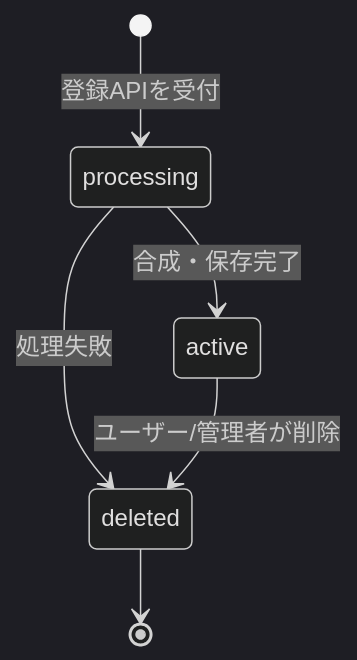
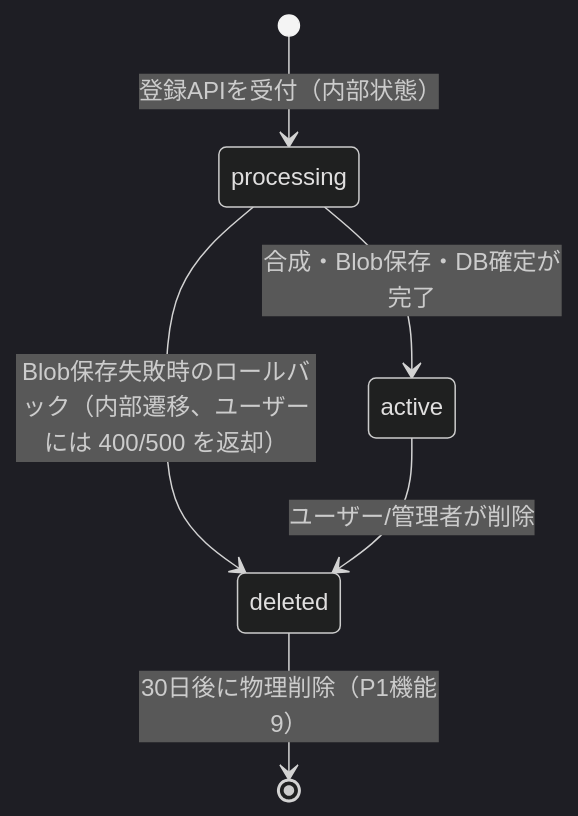
One commit to kakikubo/lgtmhub changed the diagram in docs/glossary.md. Above: the diagram before and after it, drawn with Mermaid (dark theme). The commit also changed other lines of this file and 2 other files, not shown here.

````diff
--- a/docs/glossary.md
+++ b/docs/glossary.md
@@ -492,8 +513,8 @@
 ```mermaid
 stateDiagram-v2
-    [*] --> processing: 登録APIを受付
-    processing --> active: 合成・保存完了
-    processing --> deleted: 処理失敗
+    [*] --> processing: 登録APIを受付（内部状態）
+    processing --> active: 合成・Blob保存・DB確定が完了
+    processing --> deleted: Blob保存失敗時のロールバック（内部遷移、ユーザーには 400/500 を返却）
     active --> deleted: ユーザー/管理者が削除
-    deleted --> [*]
+    deleted --> [*]: 30日後に物理削除（P1機能9）
 ```
````
